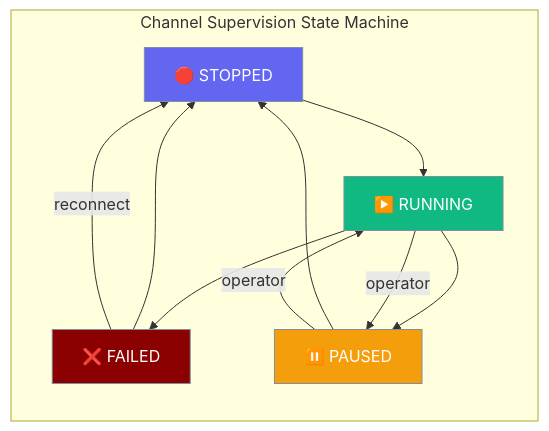
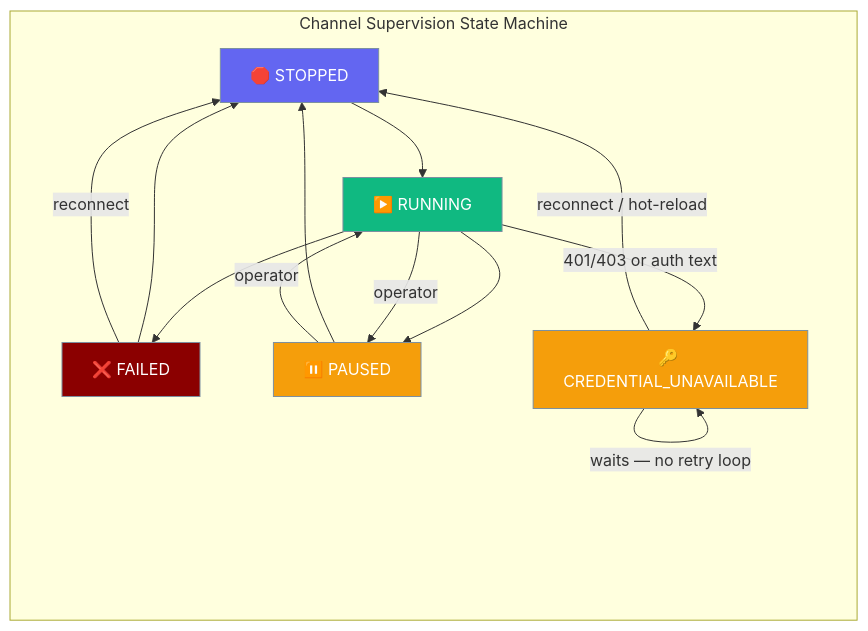
One commit to MervinPraison/PraisonAIDocs changed the first of 6 diagrams in docs/features/gateway-channel-supervision.mdx. Above: the diagram before and after it, drawn with Mermaid. The commit also changed other lines of this file and 3 other files, not shown here.

````diff
--- a/docs/features/gateway-channel-supervision.mdx
+++ b/docs/features/gateway-channel-supervision.mdx
@@ -38,24 +38,29 @@
 ```mermaid
 graph LR
     subgraph "Channel Supervision State Machine"
         STOPPED[🛑 STOPPED] --> RUNNING[▶️ RUNNING]
         RUNNING --> FAILED[❌ FAILED]
         RUNNING --> PAUSED[⏸️ PAUSED]
+        RUNNING -->|401/403 or auth text| CRED[🔑 CREDENTIAL_UNAVAILABLE]
         FAILED --> STOPPED
         PAUSED --> STOPPED
-        
+        CRED -->|reconnect / hot-reload| STOPPED
+        CRED -->|waits — no retry loop| CRED
+
         RUNNING -->|operator| PAUSED
         PAUSED -->|operator| RUNNING
         FAILED -->|reconnect| STOPPED
     end
     
     classDef running fill:#10B981,stroke:#7C90A0,color:#fff
     classDef failed fill:#8B0000,stroke:#7C90A0,color:#fff
     classDef paused fill:#F59E0B,stroke:#7C90A0,color:#fff
     classDef stopped fill:#6366F1,stroke:#7C90A0,color:#fff
+    classDef cred fill:#F59E0B,stroke:#7C90A0,color:#fff
     
     class RUNNING running
     class FAILED failed
     class PAUSED paused
     class STOPPED stopped
+    class CRED cred
 ```
````
